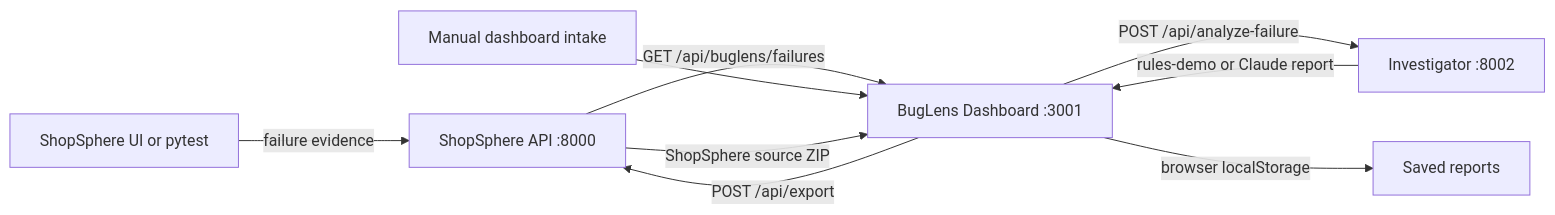
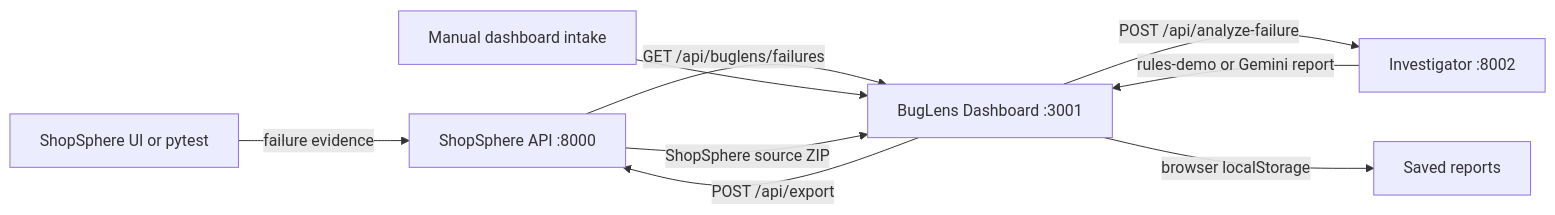
Before and after one commit to jhakhushi753/BugLens-AI: the diagram in TECH_STACK.md, drawn with Mermaid. The commit also changed other lines of this file and 10 other files, not shown here.

````diff
--- a/TECH_STACK.md
+++ b/TECH_STACK.md
@@ -18,11 +18,11 @@
 ```mermaid
 flowchart LR
     A[ShopSphere UI or pytest] -->|failure evidence| B[ShopSphere API :8000]
     B -->|GET /api/buglens/failures| C[BugLens Dashboard :3001]
     D[Manual dashboard intake] --> C
     C -->|POST /api/analyze-failure| E[Investigator :8002]
-    E -->|rules-demo or Claude report| C
+    E -->|rules-demo or Gemini report| C
     C -->|browser localStorage| F[Saved reports]
     C -->|POST /api/export| B
     B -->|ShopSphere source ZIP| C
 ```
````
